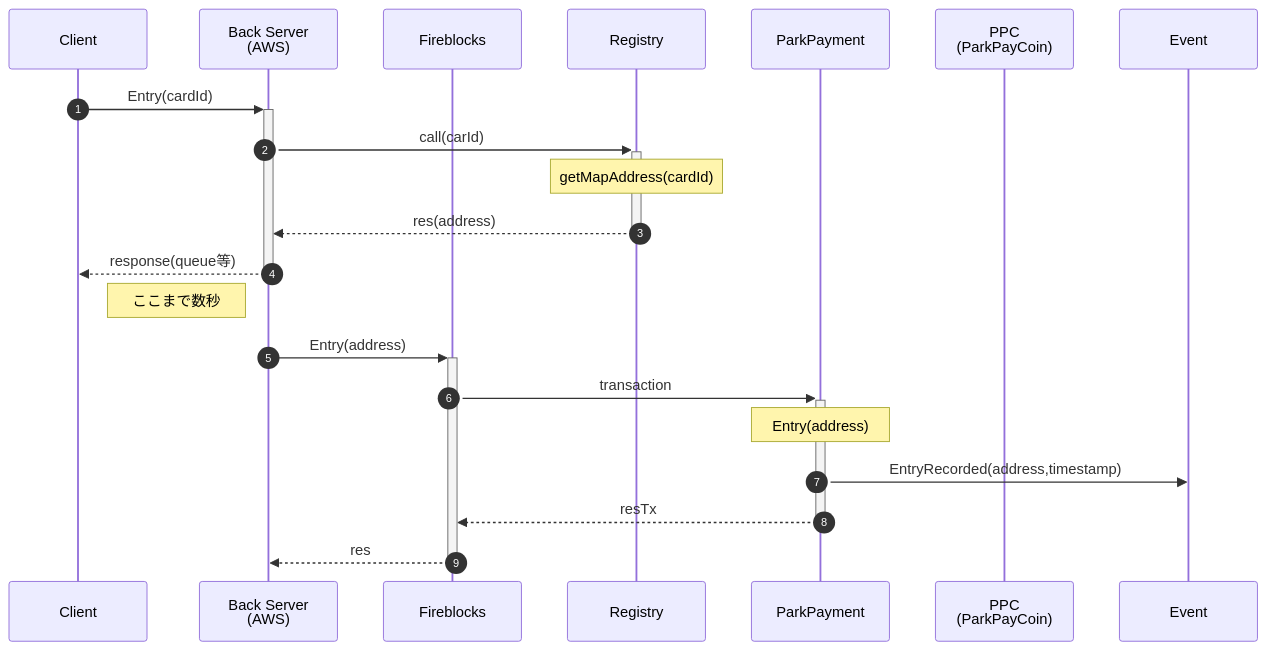
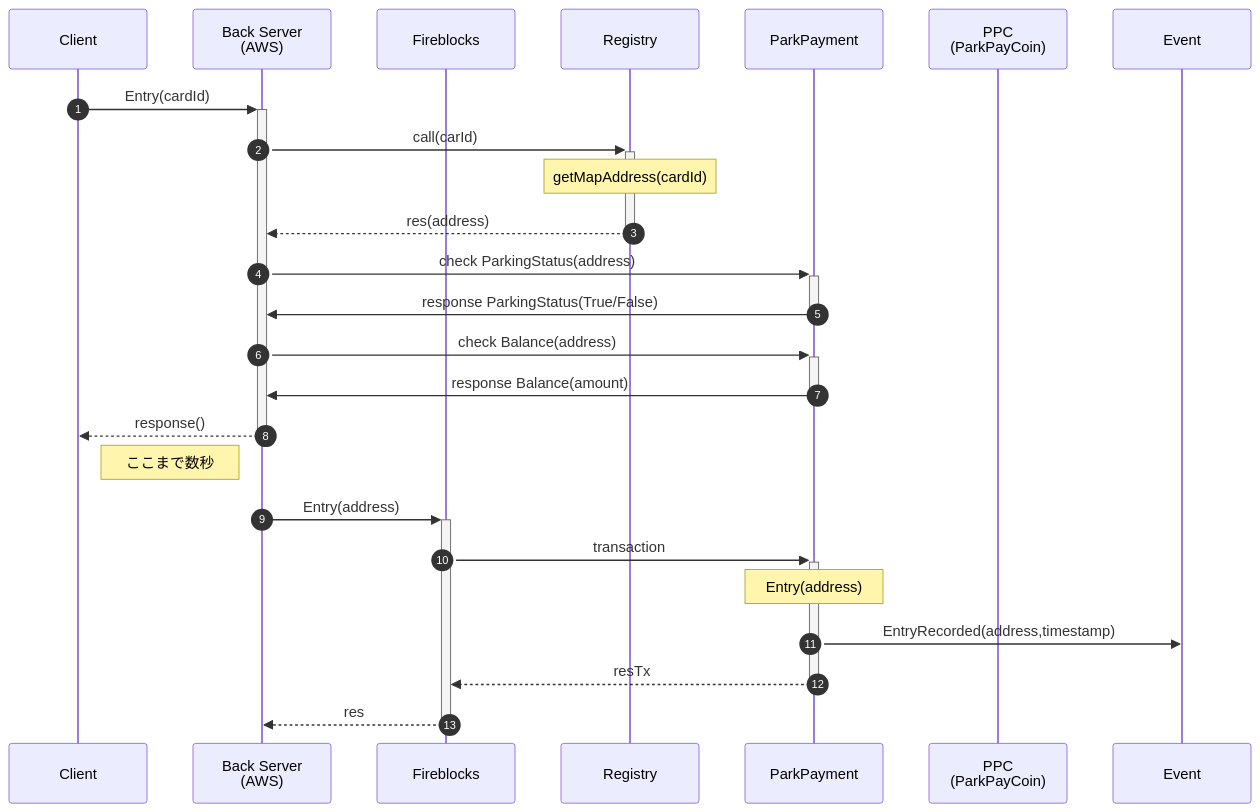
Before and after one commit to mahiroaug/ParkingPayment: the fifth of 6 diagrams in README.md, drawn with Mermaid. The commit also changed other lines of this file and 3 other files, not shown here.

````diff
--- a/README.md
+++ b/README.md
@@ -521,28 +524,32 @@
 ```mermaid
 sequenceDiagram
 
     participant Client as Client
     participant Back as Back Server<br>(AWS)
     participant FB as Fireblocks
     participant Registry
     participant ParkPayment
     participant PPC as PPC<br>(ParkPayCoin)
     participant Event
     autonumber
 
     Client->>+Back: Entry(cardId)
     Back->>+Registry: call(carId)
     Note over Registry: getMapAddress(cardId)
     Registry-->>-Back: res(address)
-    Back-->>-Client: response(queue等)
+    Back->>+ParkPayment: check ParkingStatus(address)
+    ParkPayment->>-Back: response ParkingStatus(True/False)
+    Back->>+ParkPayment: check Balance(address)
+    ParkPayment->>-Back: response Balance(amount)
+    Back-->>-Client: response()
 
     Note left of Back:ここまで数秒
 
     Back->>+FB: Entry(address)
     FB->>+ParkPayment: transaction
     Note over ParkPayment: Entry(address)
     ParkPayment->>Event: EntryRecorded(address,timestamp)
     ParkPayment-->>-FB: resTx
     FB-->>-Back: res
 
 ```
````
